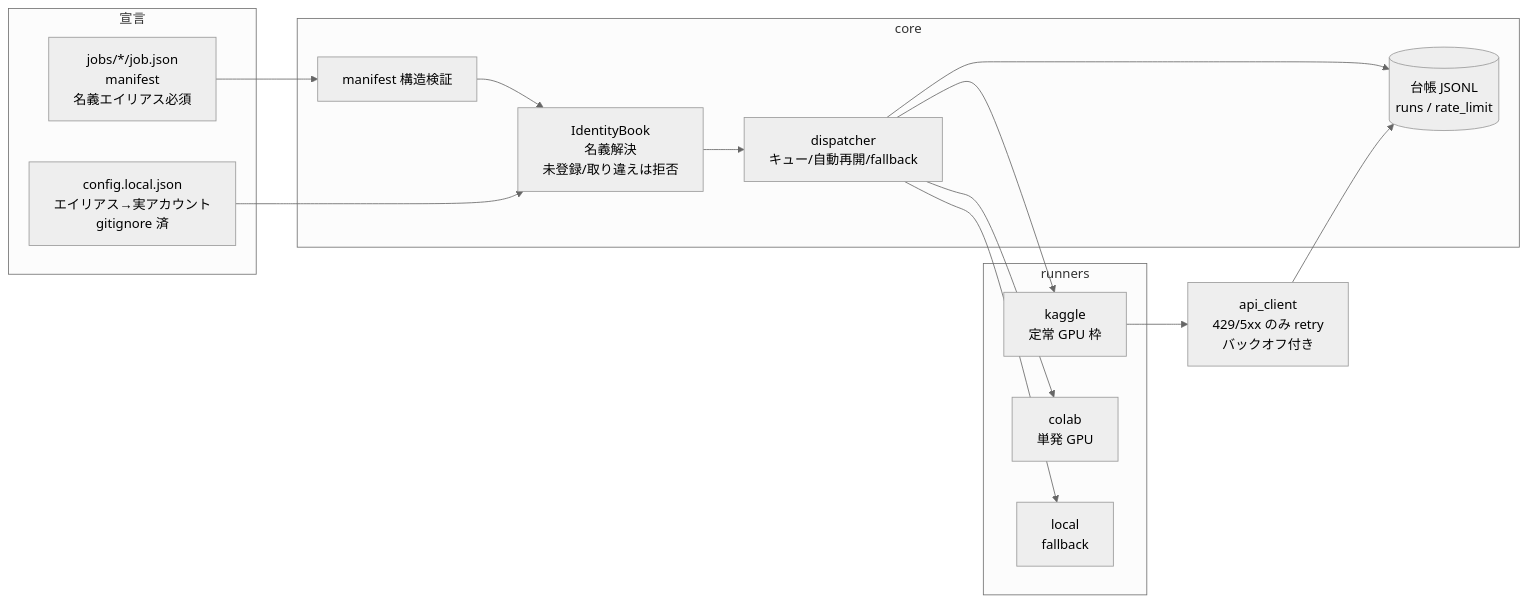
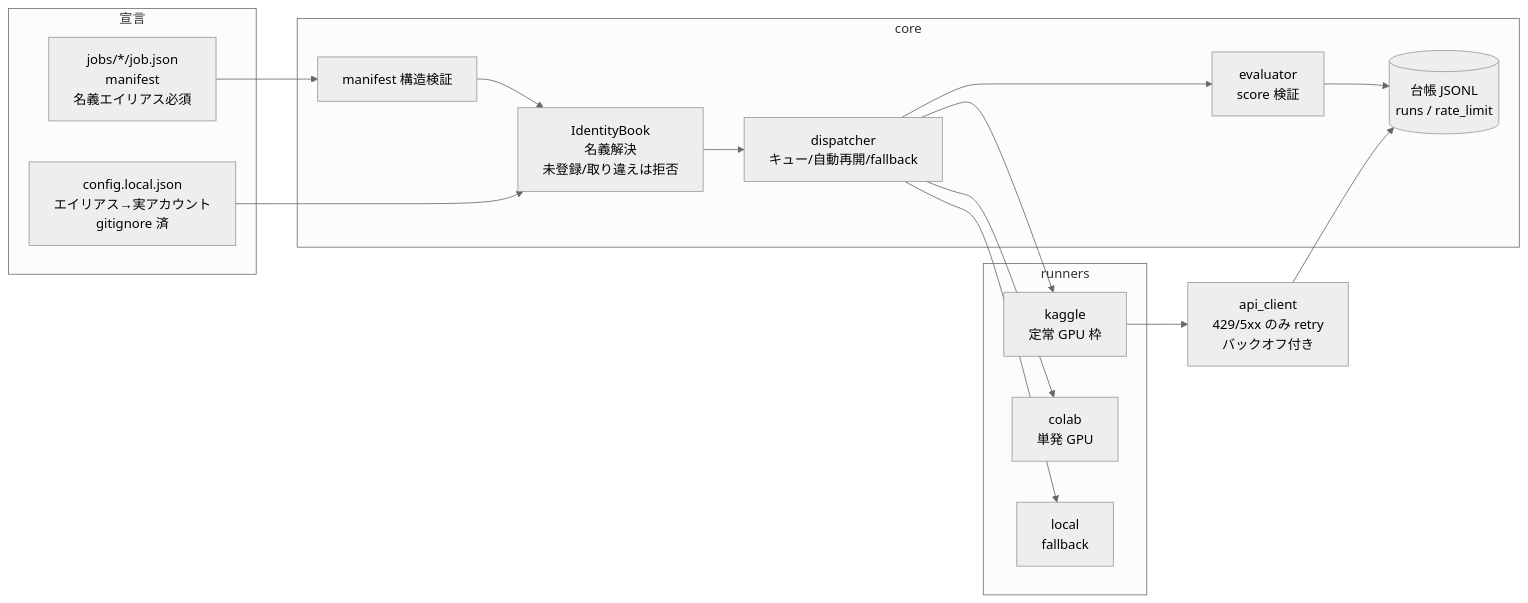
The diagram in README.md (nexus-ai-2045/cloud-autopilot), drawn with Mermaid (neutral theme) before and after one commit. The commit also changed other lines of this file and 16 other files, not shown here.

````diff
--- a/README.md
+++ b/README.md
@@ -60,22 +62,23 @@
 ```mermaid
 flowchart LR
     subgraph 宣言
         J[jobs/*/job.json<br/>manifest<br/>名義エイリアス必須]
         C1[config.local.json<br/>エイリアス→実アカウント<br/>gitignore 済]
     end
     subgraph core
         M[manifest 構造検証] --> R[IdentityBook<br/>名義解決<br/>未登録/取り違えは拒否]
         R --> D[dispatcher<br/>キュー/自動再開/fallback]
-        D --> L[(台帳 JSONL<br/>runs / rate_limit)]
+        D --> E[evaluator<br/>score 検証]
+        E --> L[(台帳 JSONL<br/>runs / rate_limit)]
     end
     subgraph runners
         K[kaggle<br/>定常 GPU 枠]
         CO[colab<br/>単発 GPU]
         LO[local<br/>fallback]
     end
     J --> M
     C1 --> R
     D --> K & CO & LO
     K --> A[api_client<br/>429/5xx のみ retry<br/>バックオフ付き]
     A --> L
 ```
````
